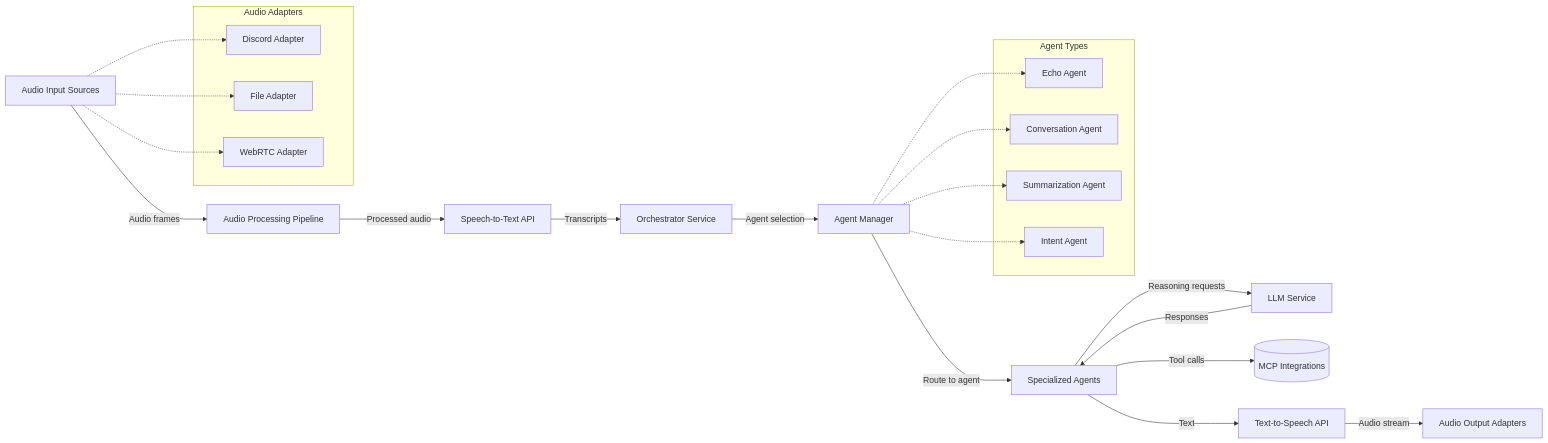
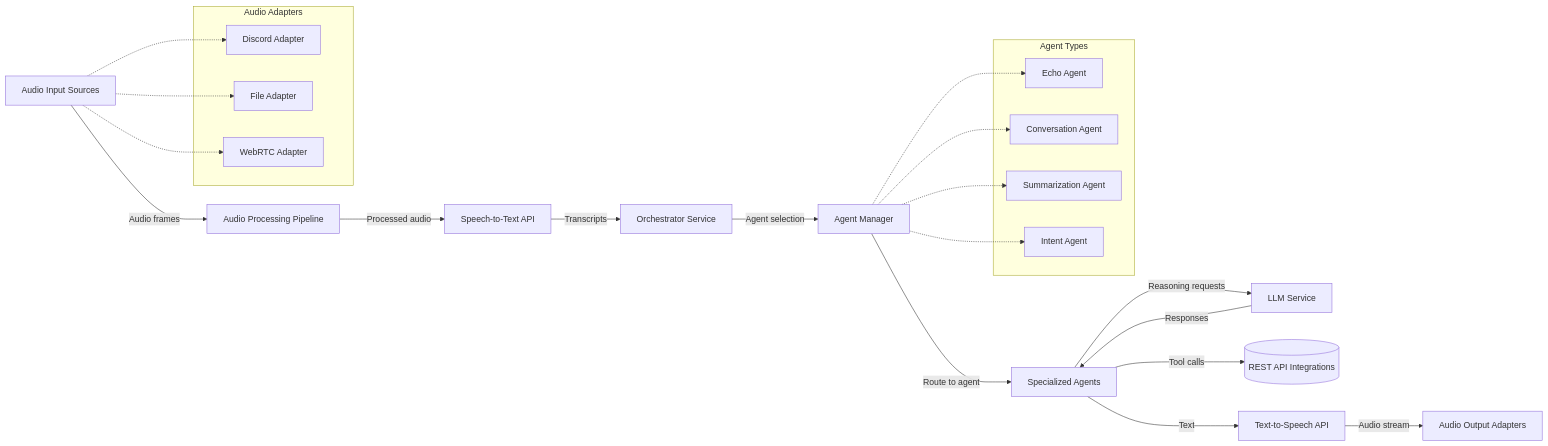
One commit to gabrielpreston/audio-orchestrator changed the diagram in docs/architecture/system-overview.md. Above: the diagram before and after it, drawn with Mermaid. The commit also changed other lines of this file and 65 other files, not shown here.

First line of the commit message:
feat: remove MCP integration and implement REST API architecture

````diff
--- a/docs/architecture/system-overview.md
+++ b/docs/architecture/system-overview.md
@@ -19,35 +19,35 @@
 ```mermaid
 flowchart LR
     AudioInput[Audio Input Sources] -->|Audio frames| AudioPipeline[Audio Processing Pipeline]
     AudioPipeline -->|Processed audio| STT[Speech-to-Text API]
     STT -->|Transcripts| Orchestrator[Orchestrator Service]
     Orchestrator -->|Agent selection| AgentManager[Agent Manager]
     AgentManager -->|Route to agent| Agents[Specialized Agents]
     Agents -->|Reasoning requests| LLM[LLM Service]
     LLM -->|Responses| Agents
-    Agents -->|Tool calls| MCPTools[(MCP Integrations)]
+    Agents -->|Tool calls| RESTTools[(REST API Integrations)]
     Agents -->|Text| TTS[Text-to-Speech API]
     TTS -->|Audio stream| AudioOutput[Audio Output Adapters]
-    
+
     subgraph "Audio Adapters"
         DiscordAdapter[Discord Adapter]
         FileAdapter[File Adapter]
         WebRTCAdapter[WebRTC Adapter]
     end
-    
+
     subgraph "Agent Types"
         EchoAgent[Echo Agent]
         ConversationAgent[Conversation Agent]
         SummarizationAgent[Summarization Agent]
         IntentAgent[Intent Agent]
     end
-    
+
     AudioInput -.-> DiscordAdapter
     AudioInput -.-> FileAdapter
     AudioInput -.-> WebRTCAdapter
-    
+
     AgentManager -.-> EchoAgent
     AgentManager -.-> ConversationAgent
     AgentManager -.-> SummarizationAgent
     AgentManager -.-> IntentAgent
 ```
````
